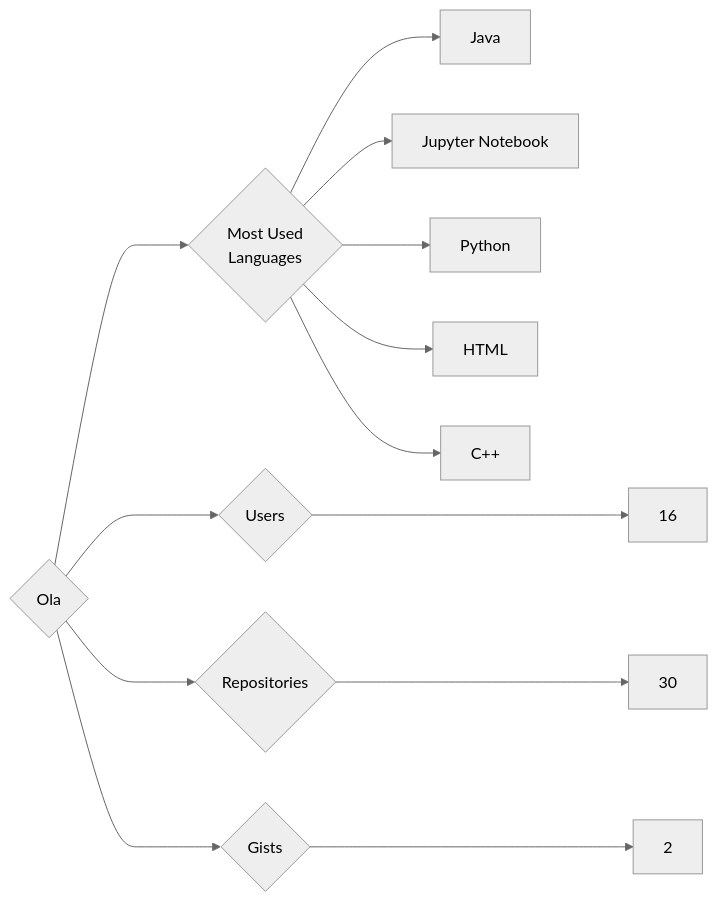
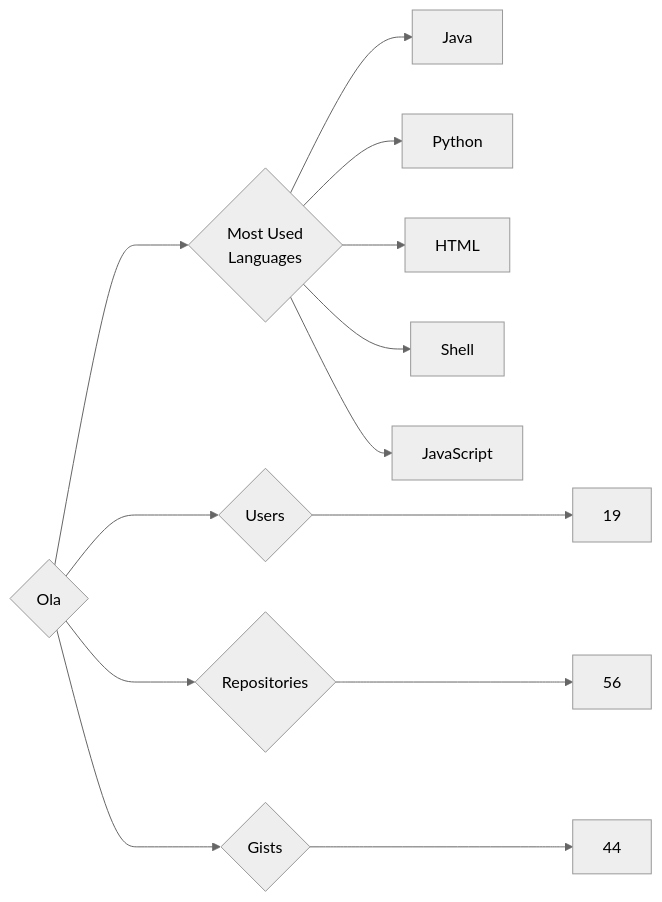
Before and after one commit to trickest/insiders: the diagram in targets/Ola/README.md, drawn with Mermaid (neutral theme). The commit also changed 953 other files, not shown here.

````diff
--- a/targets/Ola/README.md
+++ b/targets/Ola/README.md
@@ -3,13 +3,13 @@
 ```mermaid
 graph LR
 COMPANY_NAME{Ola}
-COMPANY_NAME ---> U{Users} ---> UN[16]
-COMPANY_NAME ---> R{Repositories} ---> RN[30]
-COMPANY_NAME ---> G{Gists} ---> GN[2]
+COMPANY_NAME ---> U{Users} ---> UN[19]
+COMPANY_NAME ---> R{Repositories} ---> RN[56]
+COMPANY_NAME ---> G{Gists} ---> GN[44]
 COMPANY_NAME ---> ML{Most Used<br>Languages}
 ML --> Java[Java]
-ML --> Jupyter_Notebook[Jupyter Notebook]
 ML --> Python[Python]
 ML --> HTML[HTML]
-ML --> C++[C++]
+ML --> Shell[Shell]
+ML --> JavaScript[JavaScript]
 ```
````
